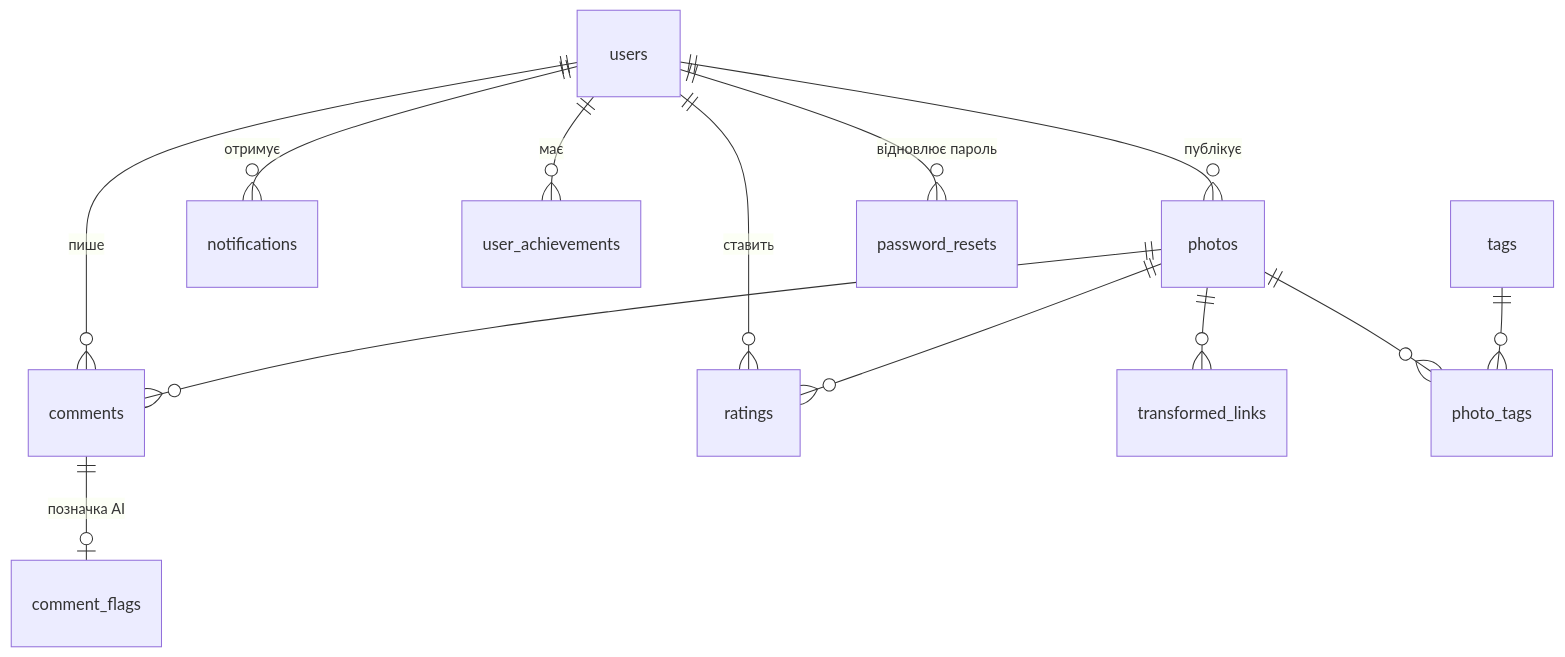
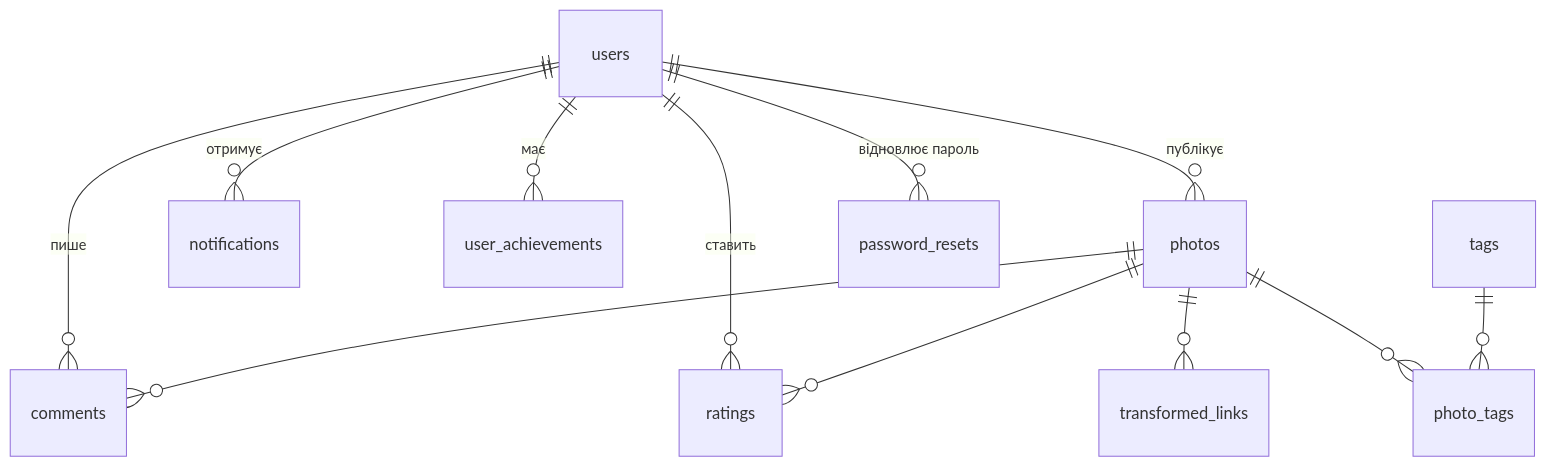
Before and after one commit to nikita-kotliar/photoShare: the diagram in docs/DATA_MODEL.md, drawn with Mermaid. The commit also changed other lines of this file and 16 other files, not shown here.

````diff
--- a/docs/DATA_MODEL.md
+++ b/docs/DATA_MODEL.md
@@ -7,15 +7,14 @@
 ```mermaid
 erDiagram
     users ||--o{ photos : "публікує"
     users ||--o{ comments : "пише"
     users ||--o{ ratings : "ставить"
     users ||--o{ notifications : "отримує"
     users ||--o{ user_achievements : "має"
     photos ||--o{ comments : ""
     photos ||--o{ ratings : ""
     photos ||--o{ transformed_links : ""
     photos ||--o{ photo_tags : ""
     tags ||--o{ photo_tags : ""
-    comments ||--o| comment_flags : "позначка AI"
     users ||--o{ password_resets : "відновлює пароль"
 ```
````
